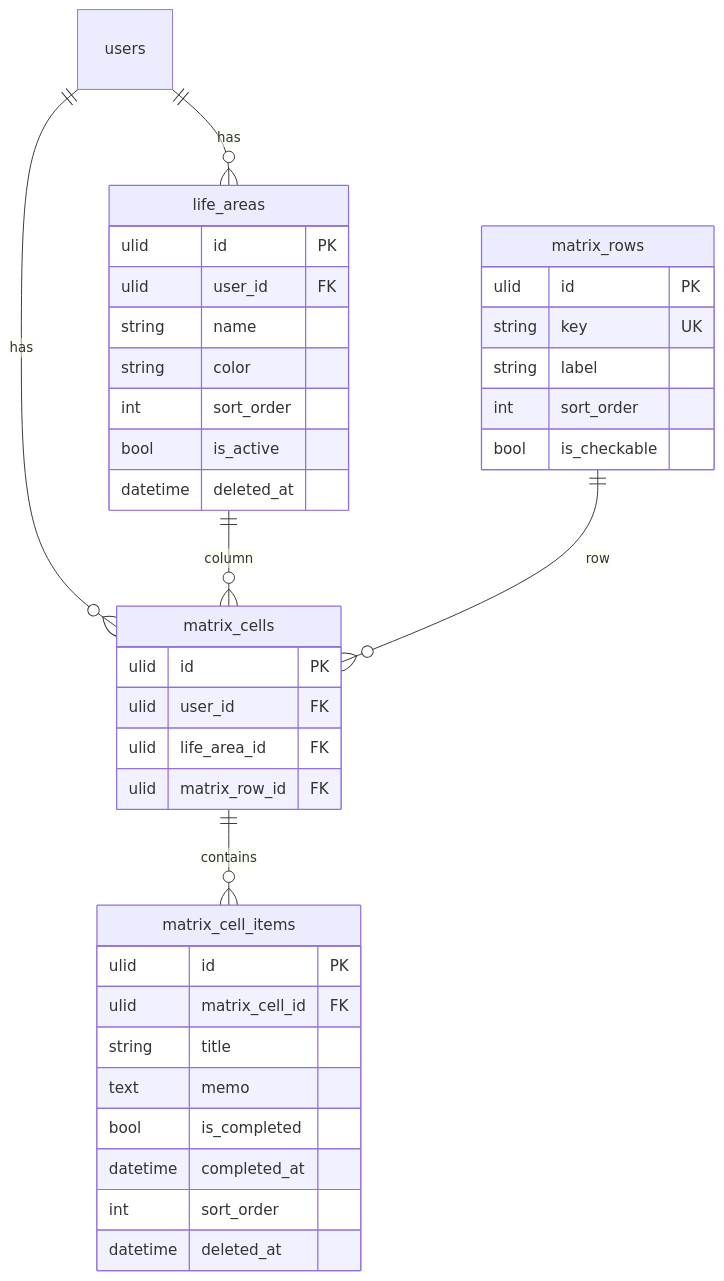
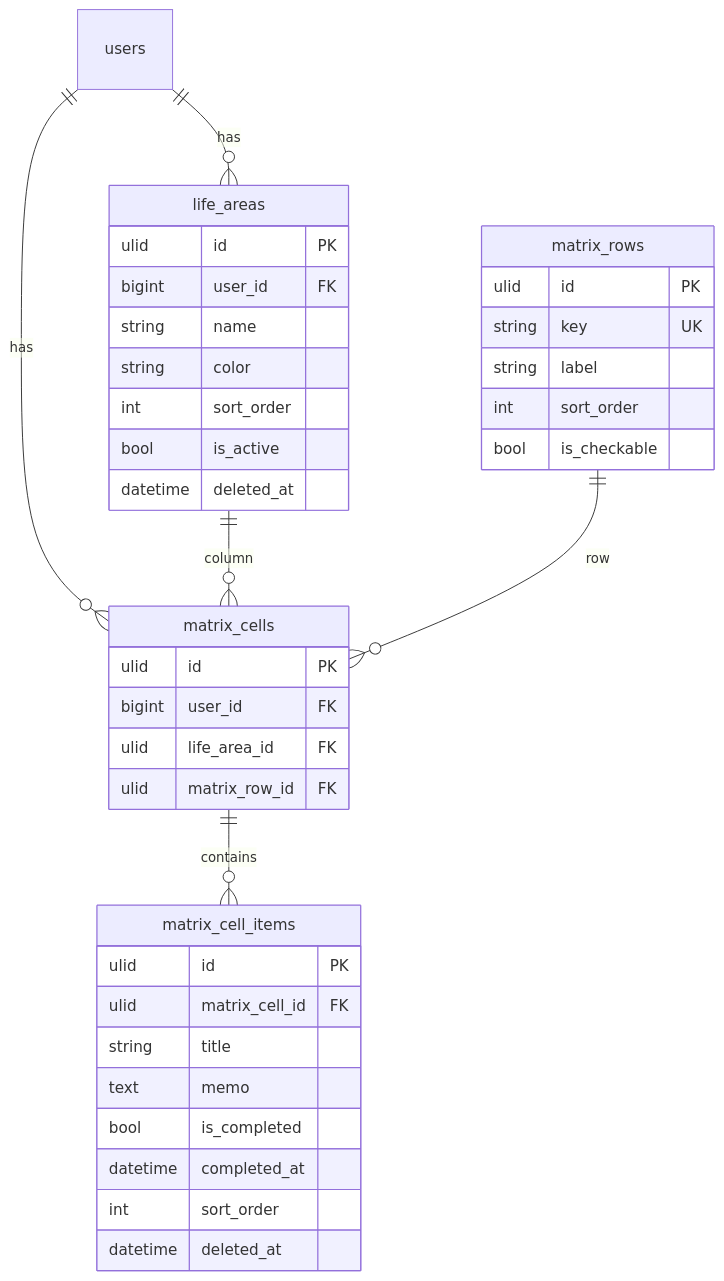
The first of 2 diagrams in docs/data/er-overview.md (tai-namechan/Clear-Dawn-v0), drawn with Mermaid before and after one commit. The commit also changed 7 other files, not shown here.

Commit message:
docs: align user_id FK type with existing BIGINT users.id

````diff
--- a/docs/data/er-overview.md
+++ b/docs/data/er-overview.md
@@ -8,41 +8,41 @@
 ```mermaid
 erDiagram
     users ||--o{ life_areas : has
     users ||--o{ matrix_cells : has
     life_areas ||--o{ matrix_cells : "column"
     matrix_rows ||--o{ matrix_cells : "row"
     matrix_cells ||--o{ matrix_cell_items : contains
 
     life_areas {
         ulid id PK
-        ulid user_id FK
+        bigint user_id FK
         string name
         string color
         int sort_order
         bool is_active
         datetime deleted_at
     }
     matrix_rows {
         ulid id PK
         string key UK
         string label
         int sort_order
         bool is_checkable
     }
     matrix_cells {
         ulid id PK
-        ulid user_id FK
+        bigint user_id FK
         ulid life_area_id FK
         ulid matrix_row_id FK
     }
     matrix_cell_items {
         ulid id PK
         ulid matrix_cell_id FK
         string title
         text memo
         bool is_completed
         datetime completed_at
         int sort_order
         datetime deleted_at
     }
 ```
````
